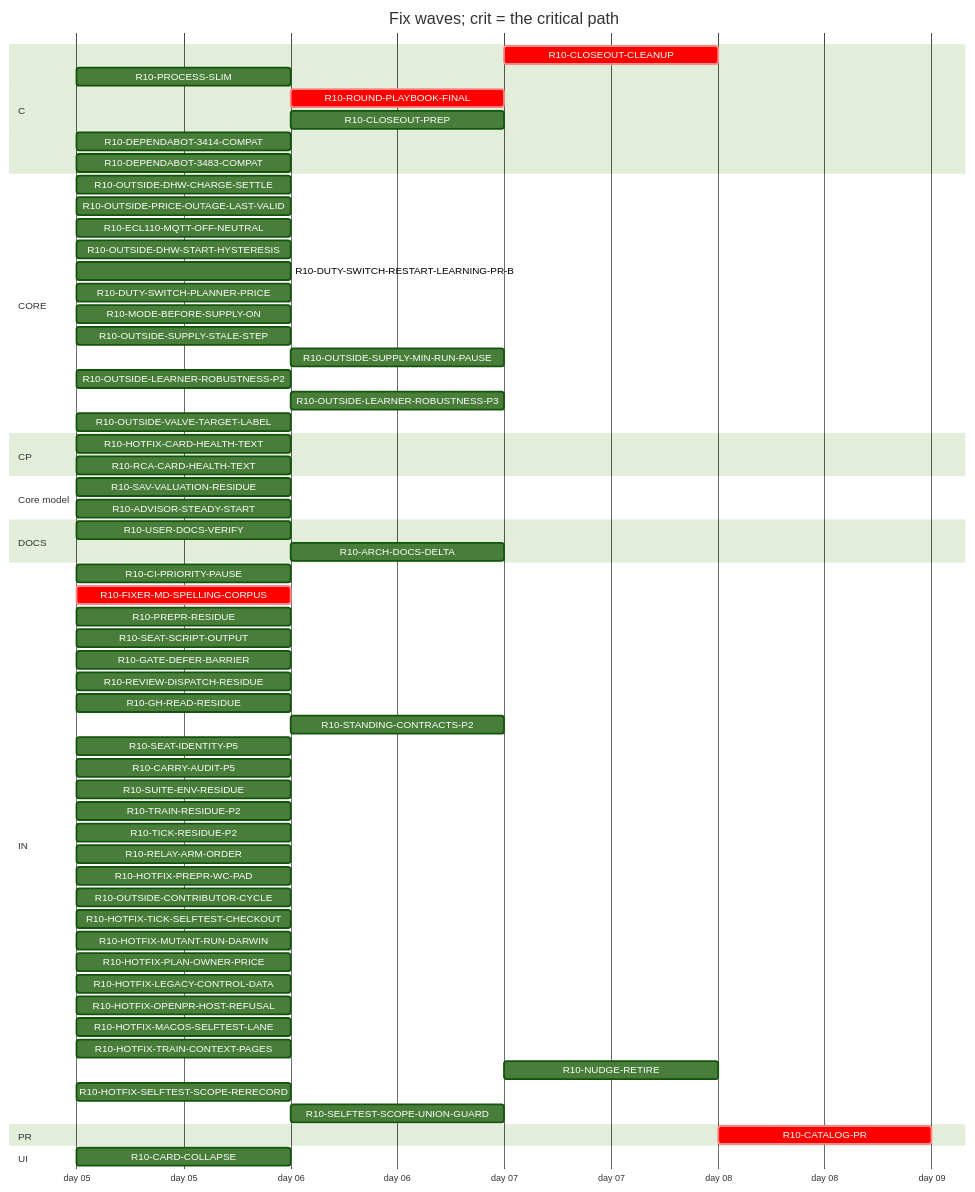
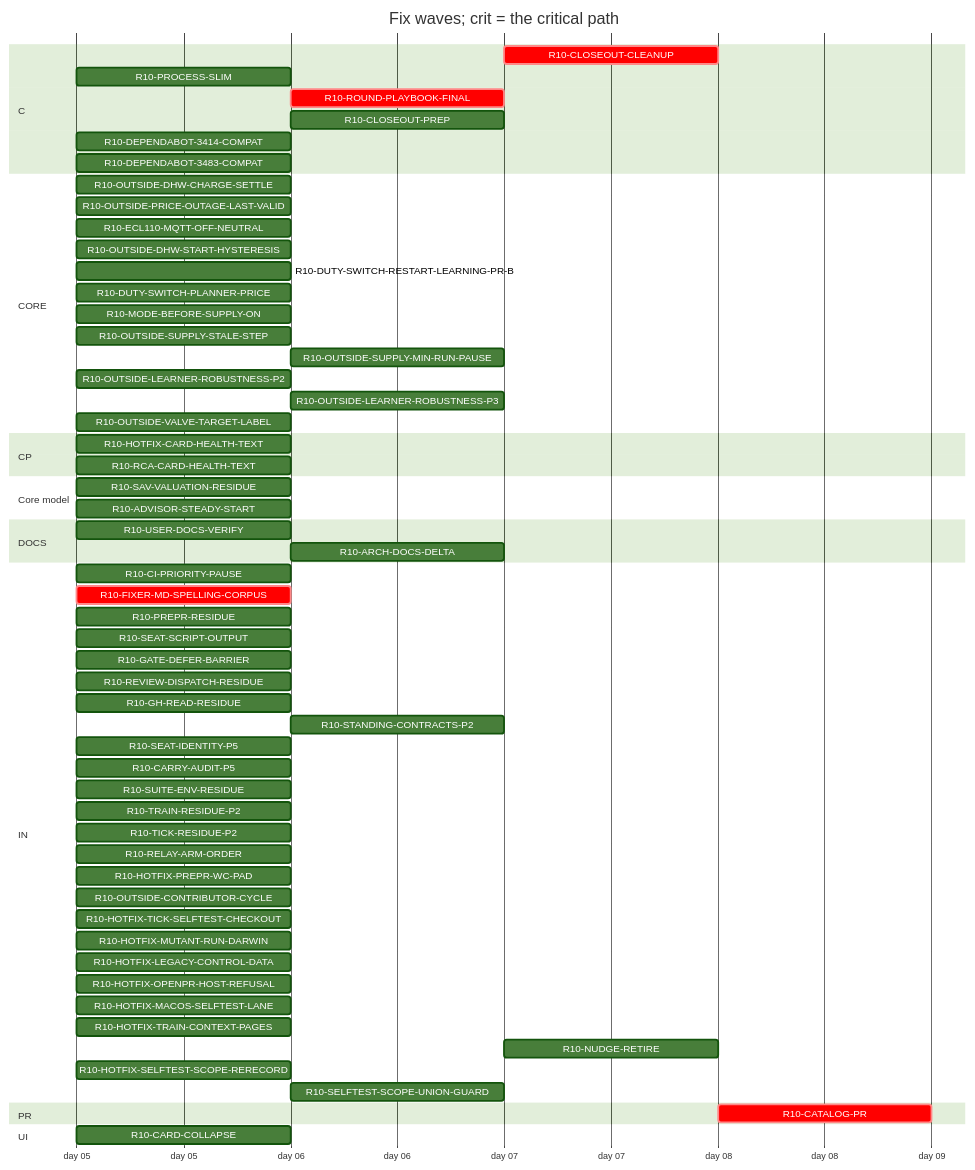
Before and after one commit to tvofi/heatpump_optimizer: the diagram in handoff/round10/state/PLAN-TABLE.md, drawn with Mermaid (forest theme). The commit also changed other lines of this file and 3 other files, not shown here.

Commit message:
state: FLOW-BOARD.md, NEXT-SESSION-PROMPT.md, PLAN-TABLE.md, RESUME-CURRENT.md regenerated (state_docs.py)

````diff
--- a/handoff/round10/state/PLAN-TABLE.md
+++ b/handoff/round10/state/PLAN-TABLE.md
@@ -21,66 +21,65 @@
 ```mermaid
 gantt
   title Fix waves; crit = the critical path
   dateFormat YYYY-MM-DD
   axisFormat day %d
   section C
     R10-CLOSEOUT-CLEANUP :crit, r10CLOSEOUTCLEANUP, after r10USERDOCSVERIFY r10ROUNDPLAYBOOKFINAL r10CLOSEOUTPREP r10ARCHDOCSDELTA, 1d
     R10-PROCESS-SLIM :r10PROCESSSLIM, 2026-01-05, 1d
     R10-ROUND-PLAYBOOK-FINAL :crit, r10ROUNDPLAYBOOKFINAL, after r10FIXERMDSPELLINGCORPUS, 1d
     R10-CLOSEOUT-PREP :r10CLOSEOUTPREP, after r10FIXERMDSPELLINGCORPUS, 1d
     R10-DEPENDABOT-3414-COMPAT :r10DEPENDABOT3414COMPAT, 2026-01-05, 1d
     R10-DEPENDABOT-3483-COMPAT :r10DEPENDABOT3483COMPAT, 2026-01-05, 1d
   section CORE
     R10-OUTSIDE-DHW-CHARGE-SETTLE :r10OUTSIDEDHWCHARGESETTLE, 2026-01-05, 1d
     R10-OUTSIDE-PRICE-OUTAGE-LAST-VALID :r10OUTSIDEPRICEOUTAGELASTVALID, 2026-01-05, 1d
     R10-ECL110-MQTT-OFF-NEUTRAL :r10ECL110MQTTOFFNEUTRAL, 2026-01-05, 1d
     R10-OUTSIDE-DHW-START-HYSTERESIS :r10OUTSIDEDHWSTARTHYSTERESIS, 2026-01-05, 1d
     R10-DUTY-SWITCH-RESTART-LEARNING-PR-B :r10DUTYSWITCHRESTARTLEARNINGPRB, 2026-01-05, 1d
     R10-DUTY-SWITCH-PLANNER-PRICE :r10DUTYSWITCHPLANNERPRICE, 2026-01-05, 1d
     R10-MODE-BEFORE-SUPPLY-ON :r10MODEBEFORESUPPLYON, 2026-01-05, 1d
     R10-OUTSIDE-SUPPLY-STALE-STEP :r10OUTSIDESUPPLYSTALESTEP, 2026-01-05, 1d
     R10-OUTSIDE-SUPPLY-MIN-RUN-PAUSE :r10OUTSIDESUPPLYMINRUNPAUSE, after r10OUTSIDESUPPLYSTALESTEP, 1d
     R10-OUTSIDE-LEARNER-ROBUSTNESS-P2 :r10OUTSIDELEARNERROBUSTNESSP2, 2026-01-05, 1d
     R10-OUTSIDE-LEARNER-ROBUSTNESS-P3 :r10OUTSIDELEARNERROBUSTNESSP3, after r10OUTSIDELEARNERROBUSTNESSP2, 1d
     R10-OUTSIDE-VALVE-TARGET-LABEL :r10OUTSIDEVALVETARGETLABEL, 2026-01-05, 1d
   section CP
     R10-HOTFIX-CARD-HEALTH-TEXT :r10HOTFIXCARDHEALTHTEXT, 2026-01-05, 1d
     R10-RCA-CARD-HEALTH-TEXT :r10RCACARDHEALTHTEXT, 2026-01-05, 1d
   section Core model
     R10-SAV-VALUATION-RESIDUE :r10SAVVALUATIONRESIDUE, 2026-01-05, 1d
     R10-ADVISOR-STEADY-START :r10ADVISORSTEADYSTART, 2026-01-05, 1d
   section DOCS
     R10-USER-DOCS-VERIFY :r10USERDOCSVERIFY, 2026-01-05, 1d
     R10-ARCH-DOCS-DELTA :r10ARCHDOCSDELTA, after r10SAVVALUATIONRESIDUE r10ADVISORSTEADYSTART r10PROCESSSLIM, 1d
   section IN
     R10-CI-PRIORITY-PAUSE :r10CIPRIORITYPAUSE, 2026-01-05, 1d
     R10-FIXER-MD-SPELLING-CORPUS :crit, r10FIXERMDSPELLINGCORPUS, 2026-01-05, 1d
     R10-PREPR-RESIDUE :r10PREPRRESIDUE, 2026-01-05, 1d
     R10-SEAT-SCRIPT-OUTPUT :r10SEATSCRIPTOUTPUT, 2026-01-05, 1d
     R10-GATE-DEFER-BARRIER :r10GATEDEFERBARRIER, 2026-01-05, 1d
     R10-REVIEW-DISPATCH-RESIDUE :r10REVIEWDISPATCHRESIDUE, 2026-01-05, 1d
     R10-GH-READ-RESIDUE :r10GHREADRESIDUE, 2026-01-05, 1d
     R10-STANDING-CONTRACTS-P2 :r10STANDINGCONTRACTSP2, after r10FIXERMDSPELLINGCORPUS, 1d
     R10-SEAT-IDENTITY-P5 :r10SEATIDENTITYP5, 2026-01-05, 1d
     R10-CARRY-AUDIT-P5 :r10CARRYAUDITP5, 2026-01-05, 1d
     R10-SUITE-ENV-RESIDUE :r10SUITEENVRESIDUE, 2026-01-05, 1d
     R10-TRAIN-RESIDUE-P2 :r10TRAINRESIDUEP2, 2026-01-05, 1d
     R10-TICK-RESIDUE-P2 :r10TICKRESIDUEP2, 2026-01-05, 1d
     R10-RELAY-ARM-ORDER :r10RELAYARMORDER, 2026-01-05, 1d
     R10-HOTFIX-PREPR-WC-PAD :r10HOTFIXPREPRWCPAD, 2026-01-05, 1d
     R10-OUTSIDE-CONTRIBUTOR-CYCLE :r10OUTSIDECONTRIBUTORCYCLE, 2026-01-05, 1d
     R10-HOTFIX-TICK-SELFTEST-CHECKOUT :r10HOTFIXTICKSELFTESTCHECKOUT, 2026-01-05, 1d
     R10-HOTFIX-MUTANT-RUN-DARWIN :r10HOTFIXMUTANTRUNDARWIN, 2026-01-05, 1d
-    R10-HOTFIX-PLAN-OWNER-PRICE :r10HOTFIXPLANOWNERPRICE, 2026-01-05, 1d
     R10-HOTFIX-LEGACY-CONTROL-DATA :r10HOTFIXLEGACYCONTROLDATA, 2026-01-05, 1d
     R10-HOTFIX-OPENPR-HOST-REFUSAL :r10HOTFIXOPENPRHOSTREFUSAL, 2026-01-05, 1d
     R10-HOTFIX-MACOS-SELFTEST-LANE :r10HOTFIXMACOSSELFTESTLANE, 2026-01-05, 1d
     R10-HOTFIX-TRAIN-CONTEXT-PAGES :r10HOTFIXTRAINCONTEXTPAGES, 2026-01-05, 1d
     R10-NUDGE-RETIRE :r10NUDGERETIRE, after r10ROUNDPLAYBOOKFINAL, 1d
     R10-HOTFIX-SELFTEST-SCOPE-RERECORD :r10HOTFIXSELFTESTSCOPERERECORD, 2026-01-05, 1d
     R10-SELFTEST-SCOPE-UNION-GUARD :r10SELFTESTSCOPEUNIONGUARD, after r10HOTFIXSELFTESTSCOPERERECORD, 1d
   section PR
     R10-CATALOG-PR :crit, r10CATALOGPR, after r10USERDOCSVERIFY r10ROUNDPLAYBOOKFINAL r10CLOSEOUTCLEANUP r10CLOSEOUTPREP r10ARCHDOCSDELTA, 1d
   section UI
     R10-CARD-COLLAPSE :r10CARDCOLLAPSE, 2026-01-05, 1d
 ```
````
